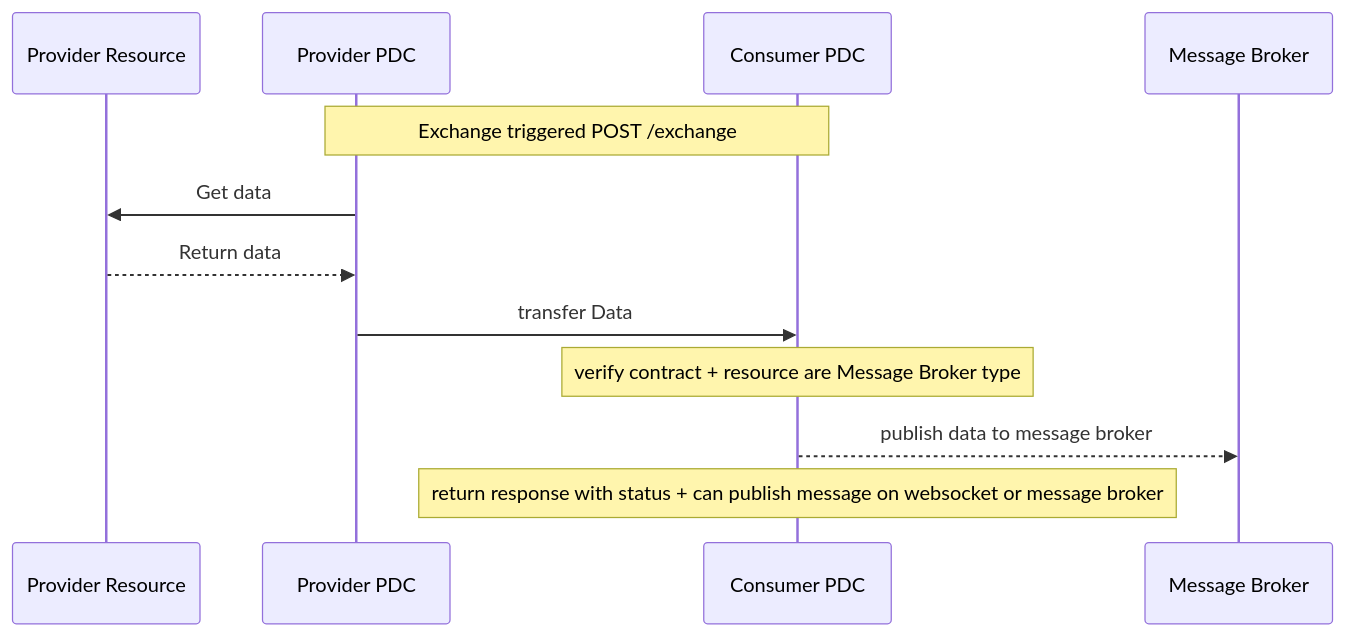
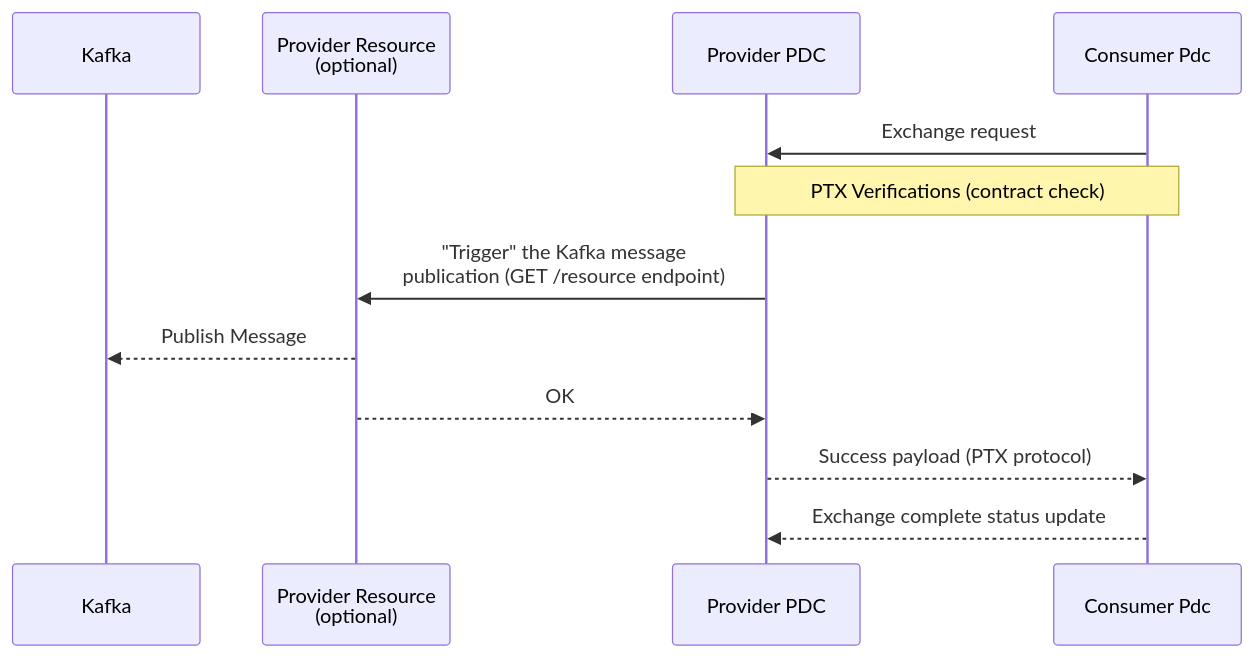
Before and after one commit to Visions-Nicolas/dataspace-connector: the second of 2 diagrams in docs/MESSAGE_BROKER.md, drawn with Mermaid. The commit also changed other lines of this file, not shown here.

Commit message:
docs: MESSAGE_BROKER.md update

````diff
--- a/docs/MESSAGE_BROKER.md
+++ b/docs/MESSAGE_BROKER.md
@@ -41,14 +23,17 @@
 ```mermaid
+
 sequenceDiagram
-    participant Provider Resource
-    participant Provider PDC
-    participant Consumer PDC
-    participant Message Broker
-    Note over Consumer PDC, Provider PDC: Exchange triggered POST /exchange
-    Provider PDC->>Provider Resource: Get data
-    Provider Resource-->>Provider PDC: Return data
-    Provider PDC->>Consumer PDC: transfer Data
-    Note over Consumer PDC: verify contract + resource are Message Broker type
-    Consumer PDC-->>Message Broker: publish data to message broker
-    Note over Consumer PDC: return response with status + can publish message on websocket or message broker
+  participant K as Kafka
+  participant PR as Provider Resource<br>(optional)
+  participant PPDC as Provider PDC
+  participant CPDC as Consumer Pdc
+
+  CPDC ->> PPDC: Exchange request
+  Note over PPDC,CPDC: PTX Verifications (contract check)
+  PPDC ->> PR: "Trigger" the Kafka message<br>publication (GET /resource endpoint)
+  PR -->> K: Publish Message
+  PR -->> PPDC: OK
+  PPDC -->> CPDC: Success payload (PTX protocol)
+  CPDC -->> PPDC: Exchange complete status update
+
 ```
````
